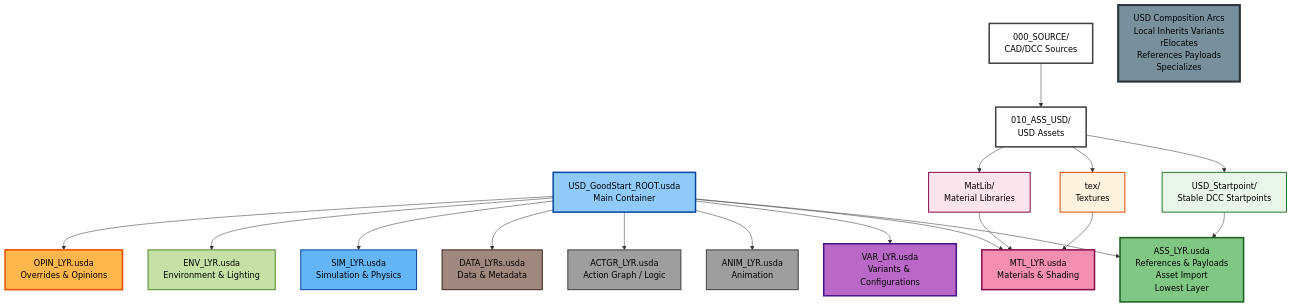
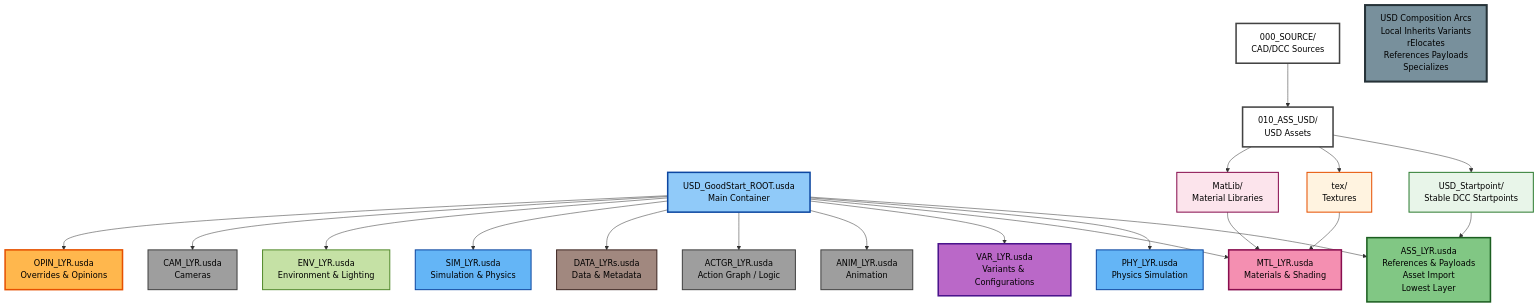
One commit to jph2/USD_GoodStart changed the diagram in README.md. Above: the diagram before and after it, drawn with Mermaid.

Commit message:
Update Mermaid chart to include CAM_LYR and PHY_LYR layers - v0.9.4

````diff
--- a/README.md
+++ b/README.md
@@ -53,40 +53,44 @@
 ```mermaid
 graph TD
     Root[USD_GoodStart_ROOT.usda<br/>Main Container] --> Opinion[OPIN_LYR.usda<br/>Overrides & Opinions]
+    Root --> Camera[CAM_LYR.usda<br/>Cameras]
     Root --> Env[ENV_LYR.usda<br/>Environment & Lighting]
     Root --> Sim[SIM_LYR.usda<br/>Simulation & Physics]
     Root --> Data[DATA_LYRs.usda<br/>Data & Metadata]
     Root --> Actgr[ACTGR_LYR.usda<br/>Action Graph / Logic]
     Root --> Anim[ANIM_LYR.usda<br/>Animation]
     Root --> Variant[VAR_LYR.usda<br/>Variants & Configurations]
     Root --> Material[MTL_LYR.usda<br/>Materials & Shading]
+    Root --> Physics[PHY_LYR.usda<br/>Physics Simulation]
     Root --> Asset[ASS_LYR.usda<br/>References & Payloads<br/>Asset Import<br/>Lowest Layer]
     
     Source[000_SOURCE/<br/>CAD/DCC Sources] --> Assets[010_ASS_USD/<br/>USD Assets]
     Assets --> MatLib[MatLib/<br/>Material Libraries]
     Assets --> Tex[tex/<br/>Textures]
     Assets --> Startpoint[USD_Startpoint/<br/>Stable DCC Startpoints]
     
     Startpoint --> Asset
     MatLib --> Material
     Tex --> Material
     
     Composition[USD Composition Arcs<br/>Local Inherits Variants<br/>rElocates<br/>References Payloads<br/>Specializes]
     
     style Root fill:#90caf9,stroke:#0d47a1,stroke-width:3px,color:#000
     style Asset fill:#81c784,stroke:#1b5e20,stroke-width:3px,color:#000
     style Opinion fill:#ffb74d,stroke:#e65100,stroke-width:3px,color:#000
     style Variant fill:#ba68c8,stroke:#4a148c,stroke-width:3px,color:#000
     style Material fill:#f48fb1,stroke:#880e4f,stroke-width:3px,color:#000
     style Sim fill:#64b5f6,stroke:#0d47a1,stroke-width:2px,color:#000
     style Data fill:#a1887f,stroke:#3e2723,stroke-width:2px,color:#000
     style Env fill:#c5e1a5,stroke:#558b2f,stroke-width:2px,color:#000
     style Actgr fill:#9e9e9e,stroke:#424242,stroke-width:2px,color:#000
     style Anim fill:#9e9e9e,stroke:#424242,stroke-width:2px,color:#000
+    style Camera fill:#9e9e9e,stroke:#424242,stroke-width:2px,color:#000
+    style Physics fill:#64b5f6,stroke:#0d47a1,stroke-width:2px,color:#000
     style Composition fill:#78909c,stroke:#263238,stroke-width:4px,color:#000
     style Source fill:#ffffff,stroke:#424242,stroke-width:3px,color:#000
     style Assets fill:#ffffff,stroke:#424242,stroke-width:3px,color:#000
     style Startpoint fill:#e8f5e9,stroke:#2e7d32,stroke-width:2px,color:#000
     style MatLib fill:#fce4ec,stroke:#880e4f,stroke-width:2px,color:#000
     style Tex fill:#fff3e0,stroke:#e65100,stroke-width:2px,color:#000
 ```
````
